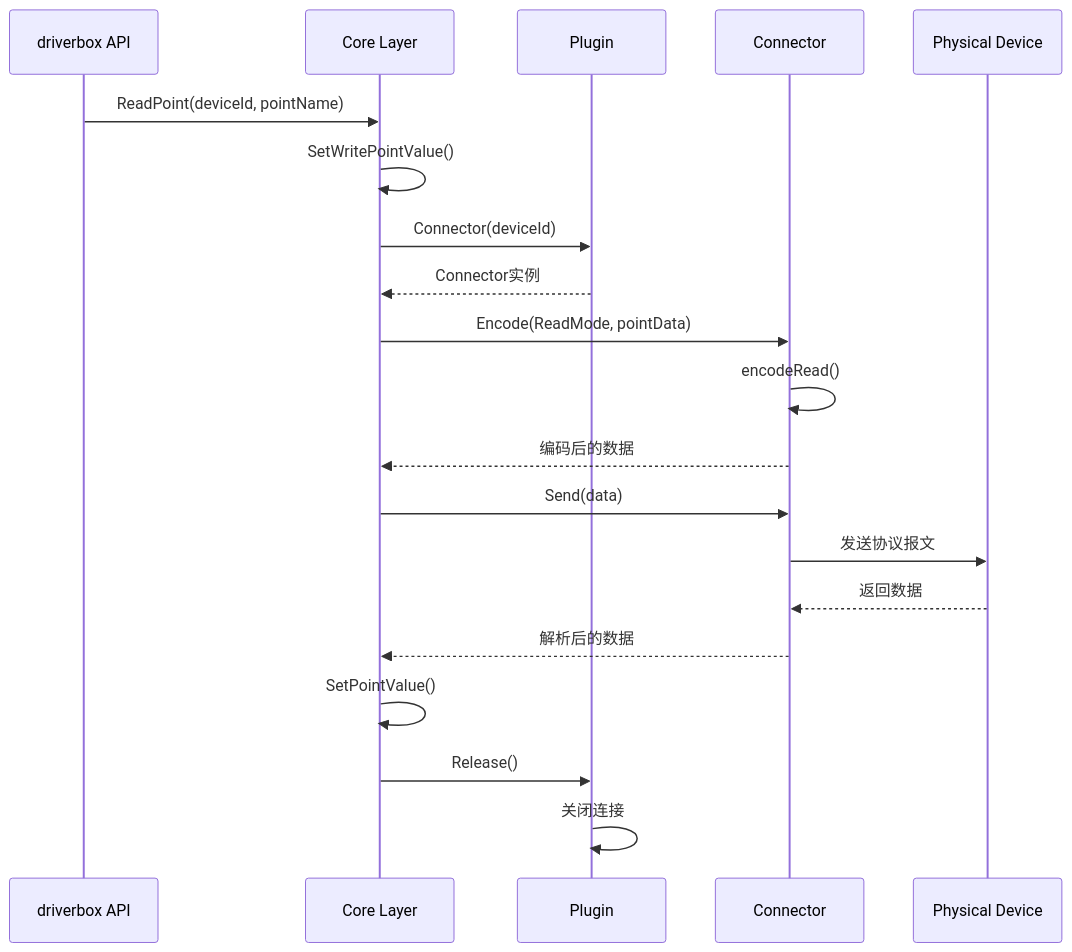
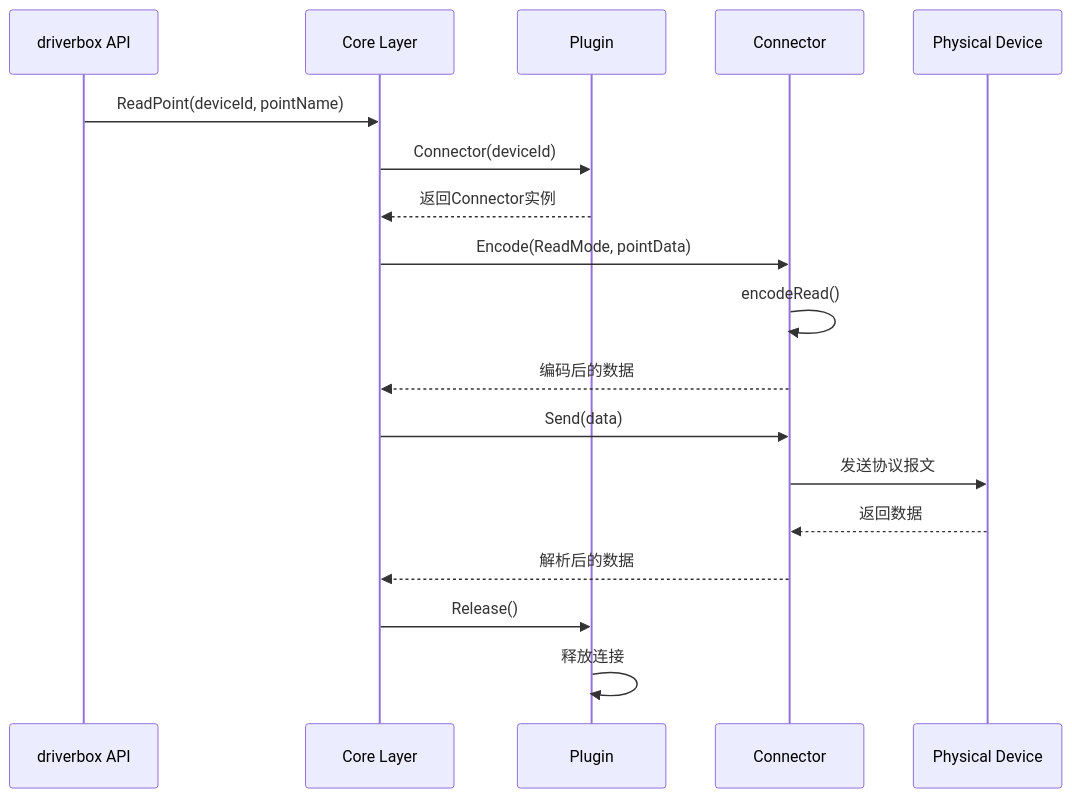
One commit to ibuilding-X/driver-box changed the fifth of 9 diagrams in pages/src/content/docs/concepts/architecture.mdx. Above: the diagram before and after it, drawn with Mermaid. The commit also changed other lines of this file, not shown here.

First line of the commit message:
docs(architecture): 更新架构文档增加详细分层设计和流程说明

````diff
--- a/pages/src/content/docs/concepts/architecture.mdx
+++ b/pages/src/content/docs/concepts/architecture.mdx
@@ -144,23 +153,21 @@
 ```mermaid
 sequenceDiagram
     participant API as driverbox API
     participant Core as Core Layer
     participant Plugin as Plugin
     participant Connector as Connector
     participant Device as Physical Device
 
     API->>Core: ReadPoint(deviceId, pointName)
-    Core->>Core: SetWritePointValue()
     Core->>Plugin: Connector(deviceId)
-    Plugin-->>Core: Connector实例
+    Plugin-->>Core: 返回Connector实例
     Core->>Connector: Encode(ReadMode, pointData)
     Connector->>Connector: encodeRead()
     Connector-->>Core: 编码后的数据
     Core->>Connector: Send(data)
     Connector->>Device: 发送协议报文
     Device-->>Connector: 返回数据
     Connector-->>Core: 解析后的数据
-    Core->>Core: SetPointValue()
     Core->>Plugin: Release()
-    Plugin->>Plugin: 关闭连接
+    Plugin->>Plugin: 释放连接
 ```
````
